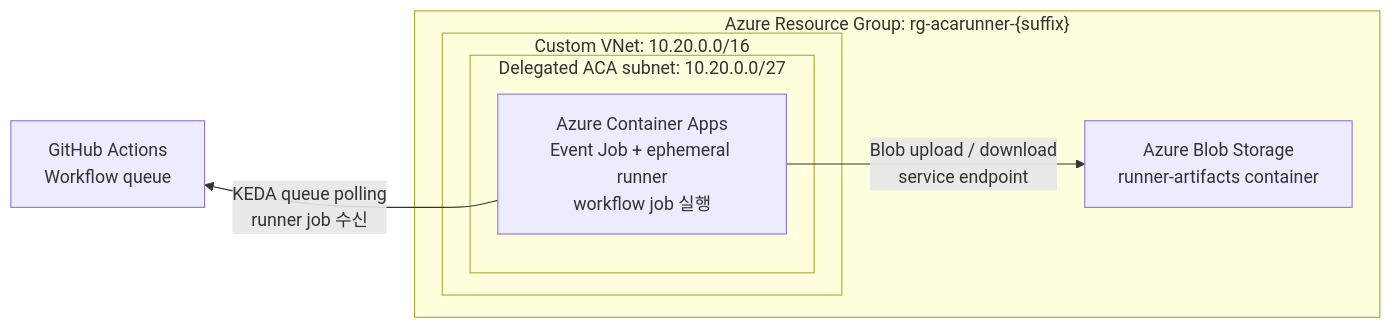
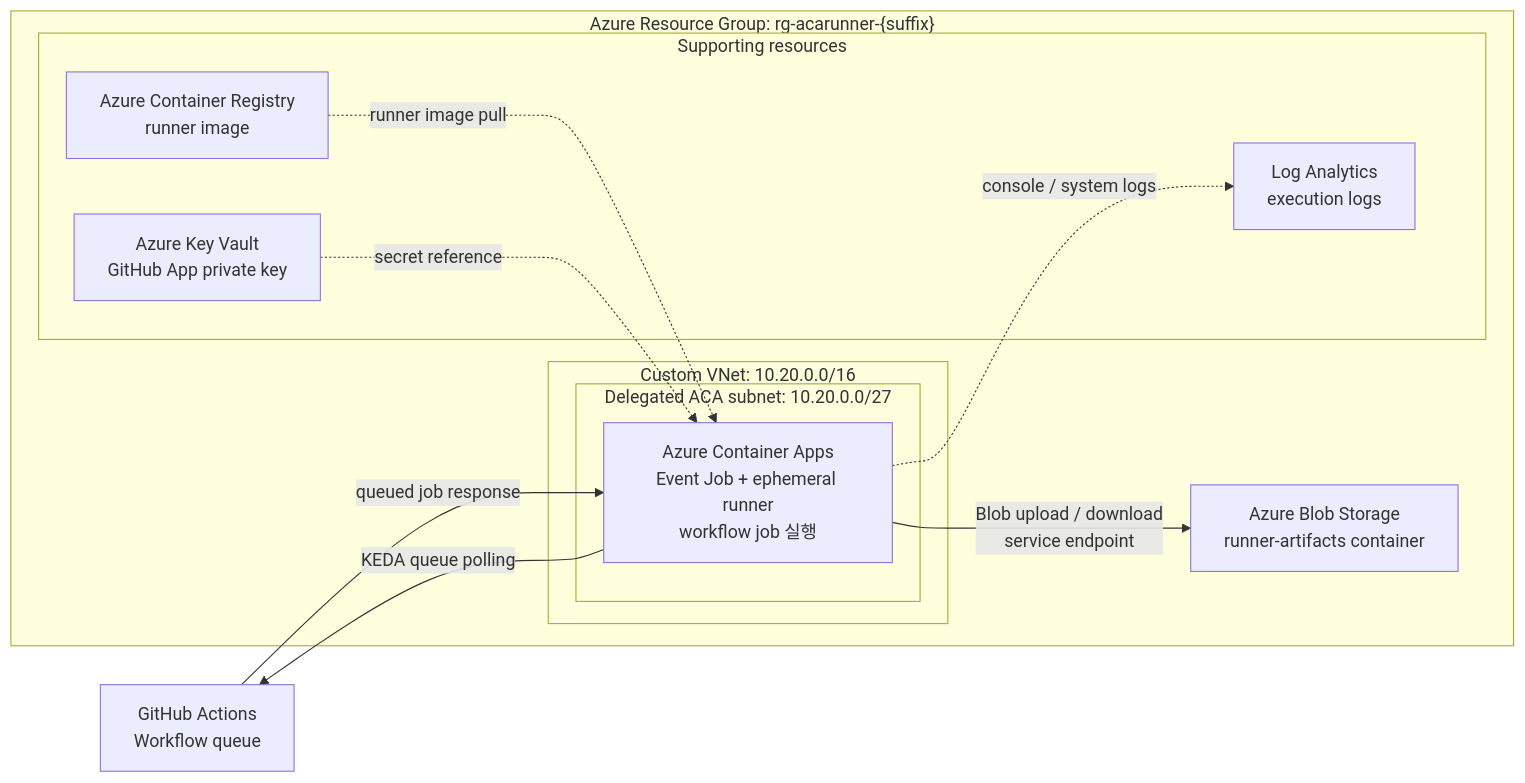
Before and after one commit to freeman9844/aca-github-runner-workshop-private: the diagram in README.md, drawn with Mermaid. The commit also changed other lines of this file and 1 other file, not shown here.

Commit message:
docs: enrich README architecture diagram

````diff
--- a/README.md
+++ b/README.md
@@ -36,18 +36,27 @@
 ```mermaid
 flowchart LR
   github["GitHub Actions<br/>Workflow queue"]
 
   subgraph rg["Azure Resource Group: rg-acarunner-{suffix}"]
     subgraph vnet["Custom VNet: 10.20.0.0/16"]
       subgraph acaSubnet["Delegated ACA subnet: 10.20.0.0/27"]
         aca["Azure Container Apps<br/>Event Job + ephemeral runner<br/>workflow job 실행"]
       end
     end
 
     blob["Azure Blob Storage<br/>runner-artifacts container"]
+
+    subgraph support["Supporting resources"]
+      acr["Azure Container Registry<br/>runner image"]
+      kv["Azure Key Vault<br/>GitHub App private key"]
+      log["Log Analytics<br/>execution logs"]
+    end
   end
 
-  github ~~~ aca
-  aca -->|"KEDA queue polling<br/>runner job 수신"| github
+  aca -->|"KEDA queue polling"| github
+  github -->|"queued job response"| aca
   aca -->|"Blob upload / download<br/>service endpoint"| blob
+  acr -.->|"runner image pull"| aca
+  kv -.->|"secret reference"| aca
+  aca -.->|"console / system logs"| log
 ```
````
